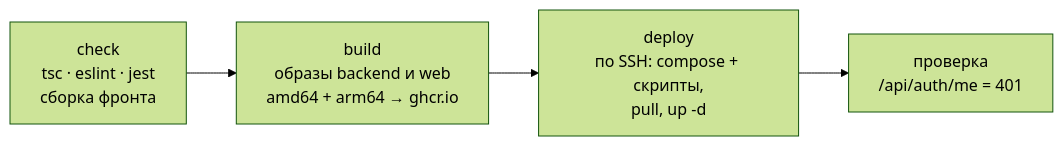
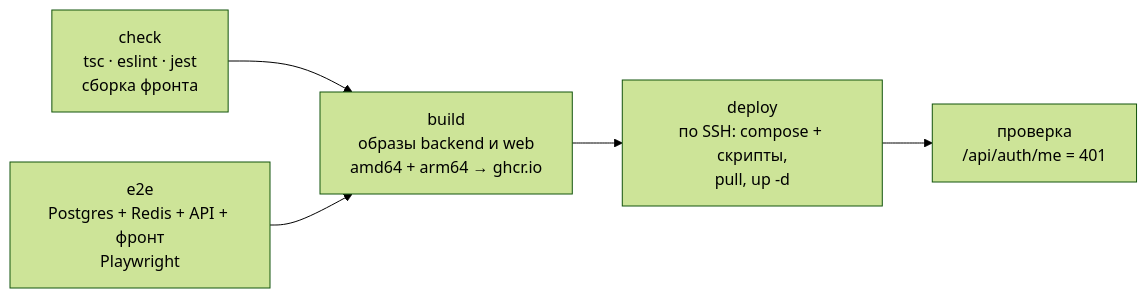
The diagram in docs/ci-cd.md (Dqnial/mp-report), drawn with Mermaid (forest theme) before and after one commit. The commit also changed other lines of this file and 60 other files, not shown here.

````diff
--- a/docs/ci-cd.md
+++ b/docs/ci-cd.md
@@ -7,6 +7,7 @@
 ```mermaid
 flowchart LR
   A["check<br/>tsc · eslint · jest<br/>сборка фронта"] --> B["build<br/>образы backend и web<br/>amd64 + arm64 → ghcr.io"]
+  E["e2e<br/>Postgres + Redis + API + фронт<br/>Playwright"] --> B
   B --> C["deploy<br/>по SSH: compose + скрипты,<br/>pull, up -d"]
   C --> D["проверка<br/>/api/auth/me = 401"]
 ```
````
